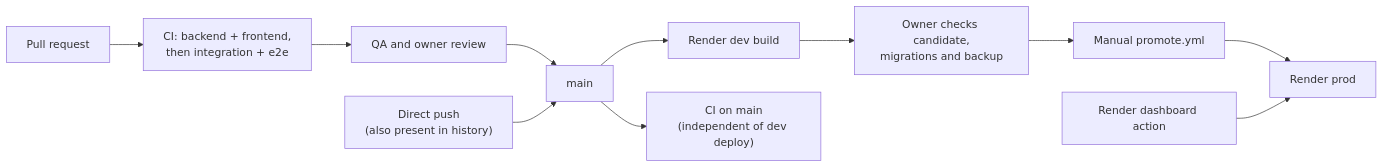
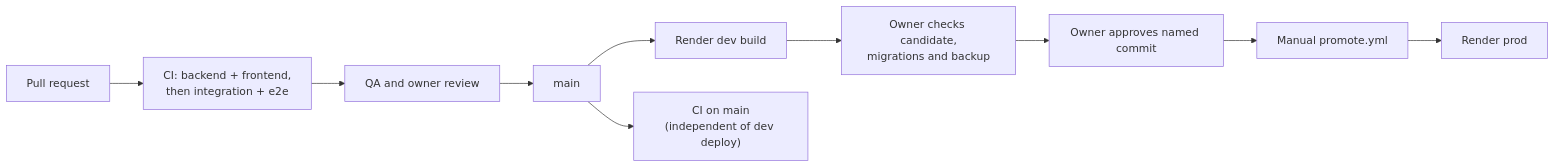
The diagram in docs/release-process.md (alexisdacquay/sail-event), drawn with Mermaid before and after one commit. The commit also changed other lines of this file and 22 other files, not shown here.

````diff
--- a/docs/release-process.md
+++ b/docs/release-process.md
@@ -5,11 +5,10 @@
 ```mermaid
 flowchart LR
     PR["Pull request"] --> CI["CI: backend + frontend,<br/>then integration + e2e"]
     CI --> REVIEW["QA and owner review"] --> MAIN["main"]
-    DIRECT["Direct push<br/>(also present in history)"] --> MAIN
     MAIN --> DEV["Render dev build"]
     MAIN --> PUSHCI["CI on main<br/>(independent of dev deploy)"]
     DEV --> CHECK["Owner checks candidate,<br/>migrations and backup"]
-    CHECK --> PROMOTE["Manual promote.yml"] --> PROD["Render prod"]
-    DASH["Render dashboard action"] --> PROD
+    CHECK --> APPROVE["Owner approves named commit"]
+    APPROVE --> PROMOTE["Manual promote.yml"] --> PROD["Render prod"]
 ```
````
